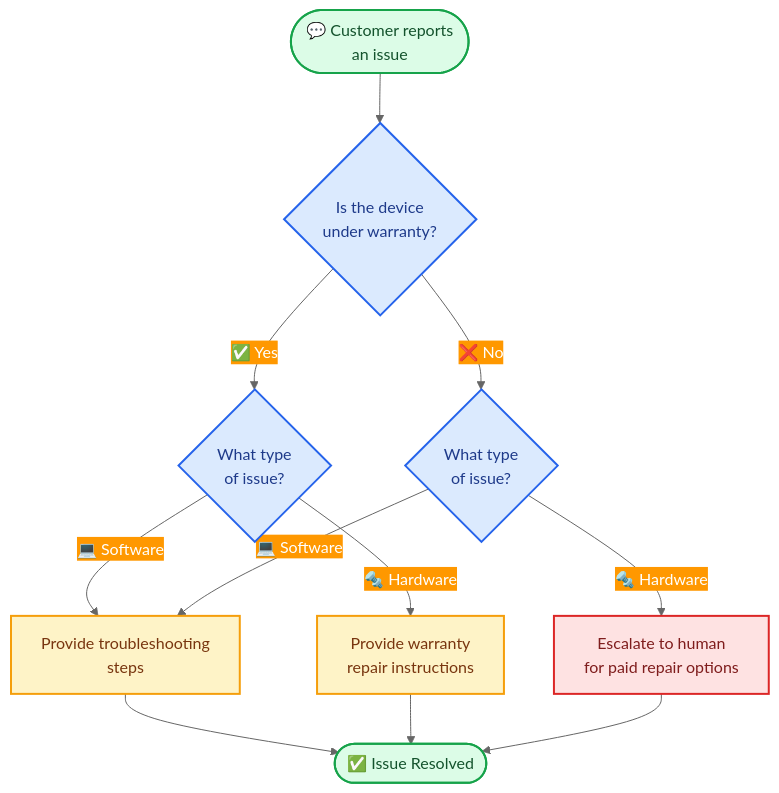
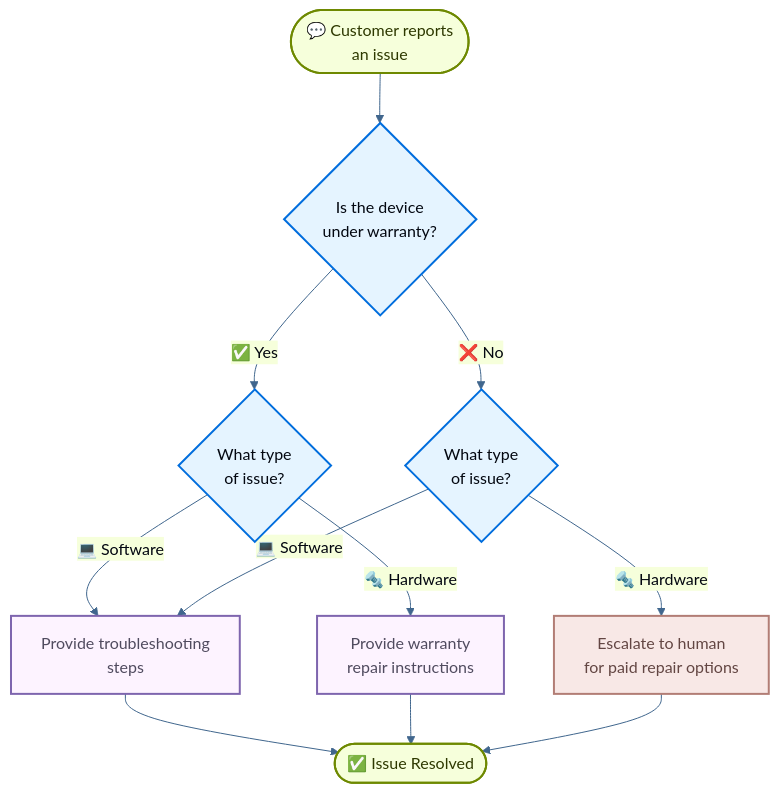
The diagram in oss/javascript/langchain/multi-agent/handoffs-customer-support.mdx (kunfan96/cndocs-langchain), drawn with Mermaid before and after one commit. The commit also changed other lines of this file and 2538 other files, not shown here.

````diff
--- a/oss/javascript/langchain/multi-agent/handoffs-customer-support.mdx
+++ b/oss/javascript/langchain/multi-agent/handoffs-customer-support.mdx
@@ -22,34 +22,34 @@
 ```mermaid
-%%{init: {'theme':'base', 'themeVariables': {'primaryColor':'#4CAF50','primaryTextColor':'#fff','primaryBorderColor':'#2E7D32','lineColor':'#666','secondaryColor':'#FF9800','tertiaryColor':'#2196F3'}}}%%
+%%{init: {'theme':'base', 'themeVariables': {'primaryColor':'#E5F4FF','primaryTextColor':'#030710','primaryBorderColor':'#006DDD','lineColor':'#40668D','secondaryColor':'#F6FFDB','tertiaryColor':'#FDF3FF'}}}%%
 flowchart TD
     %% Start
     Start([💬 Customer reports<br>an issue]) --> Warranty{Is the device<br>under warranty?}
 
     %% Warranty check
     Warranty -->|✅ Yes| IssueType{What type<br>of issue?}
     Warranty -->|❌ No| OutOfWarranty{What type<br>of issue?}
 
     %% In-Warranty branch
     IssueType -->|🔩 Hardware| Repair[Provide warranty<br>repair instructions]
     IssueType -->|💻 Software| Troubleshoot[Provide troubleshooting<br>steps]
 
     %% Out-of-Warranty branch
     OutOfWarranty -->|🔩 Hardware| Escalate[Escalate to human<br>for paid repair options]
     OutOfWarranty -->|💻 Software| Troubleshoot
 
     %% Troubleshooting follow-up
     Troubleshoot --> Close([✅ Issue Resolved])
     Repair --> Close
     Escalate --> Close
 
     %% === Styling ===
-    classDef startEnd fill:#DCFCE7,stroke:#16A34A,stroke-width:2px,color:#14532D
-    classDef decisionNode fill:#DBEAFE,stroke:#2563EB,stroke-width:2px,color:#1E3A8A
-    classDef actionNode fill:#FEF3C7,stroke:#F59E0B,stroke-width:2px,color:#78350F
-    classDef escalateNode fill:#FEE2E2,stroke:#DC2626,stroke-width:2px,color:#7F1D1D
+    classDef startEnd fill:#F6FFDB,stroke:#6E8900,stroke-width:2px,color:#2E3900
+    classDef decisionNode fill:#E5F4FF,stroke:#006DDD,stroke-width:2px,color:#030710
+    classDef actionNode fill:#FDF3FF,stroke:#7E65AE,stroke-width:2px,color:#504B5F
+    classDef escalateNode fill:#F8E8E6,stroke:#B27D75,stroke-width:2px,color:#634643
 
     class Start,Close startEnd
     class Warranty,IssueType,OutOfWarranty decisionNode
     class Repair,Troubleshoot actionNode
     class Escalate escalateNode
 ```
````
